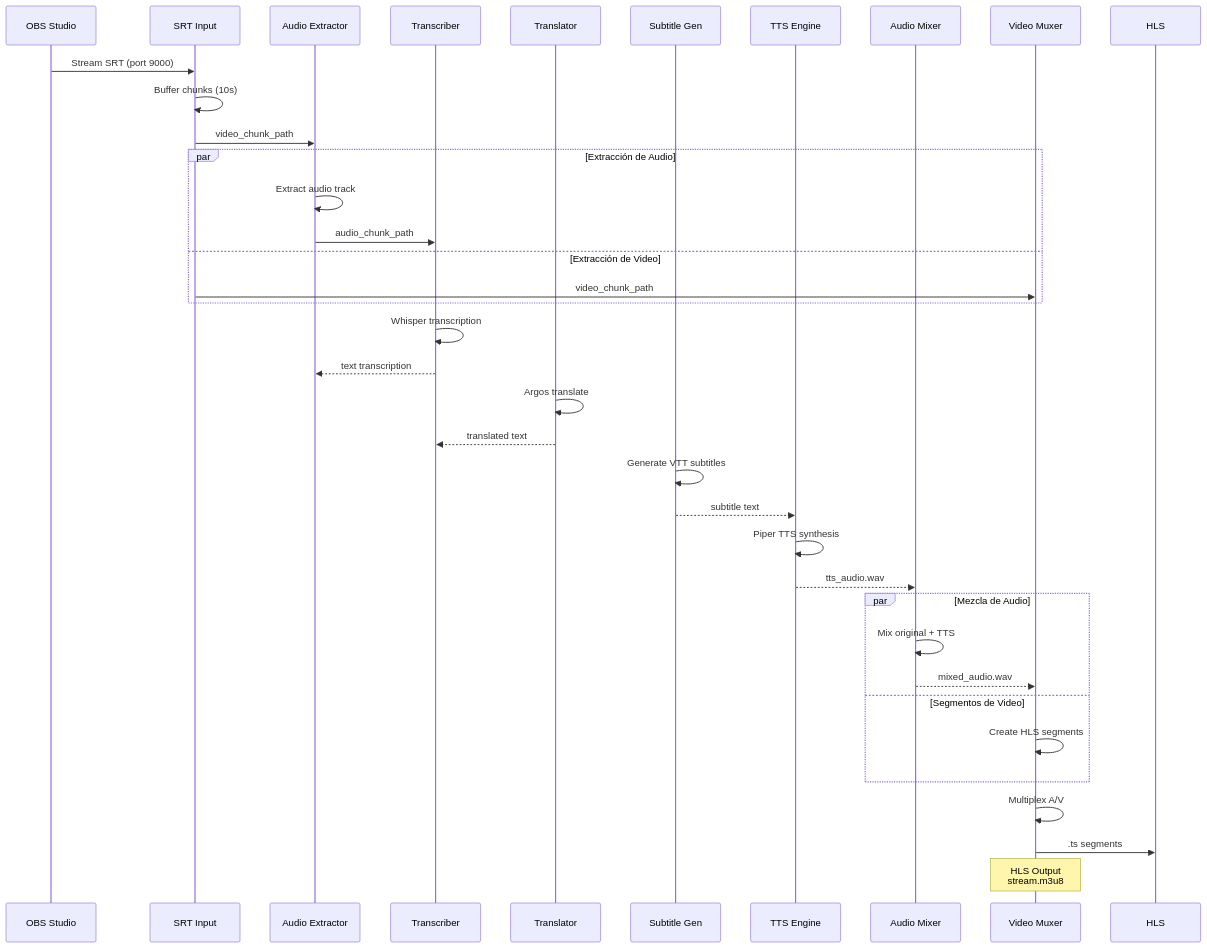
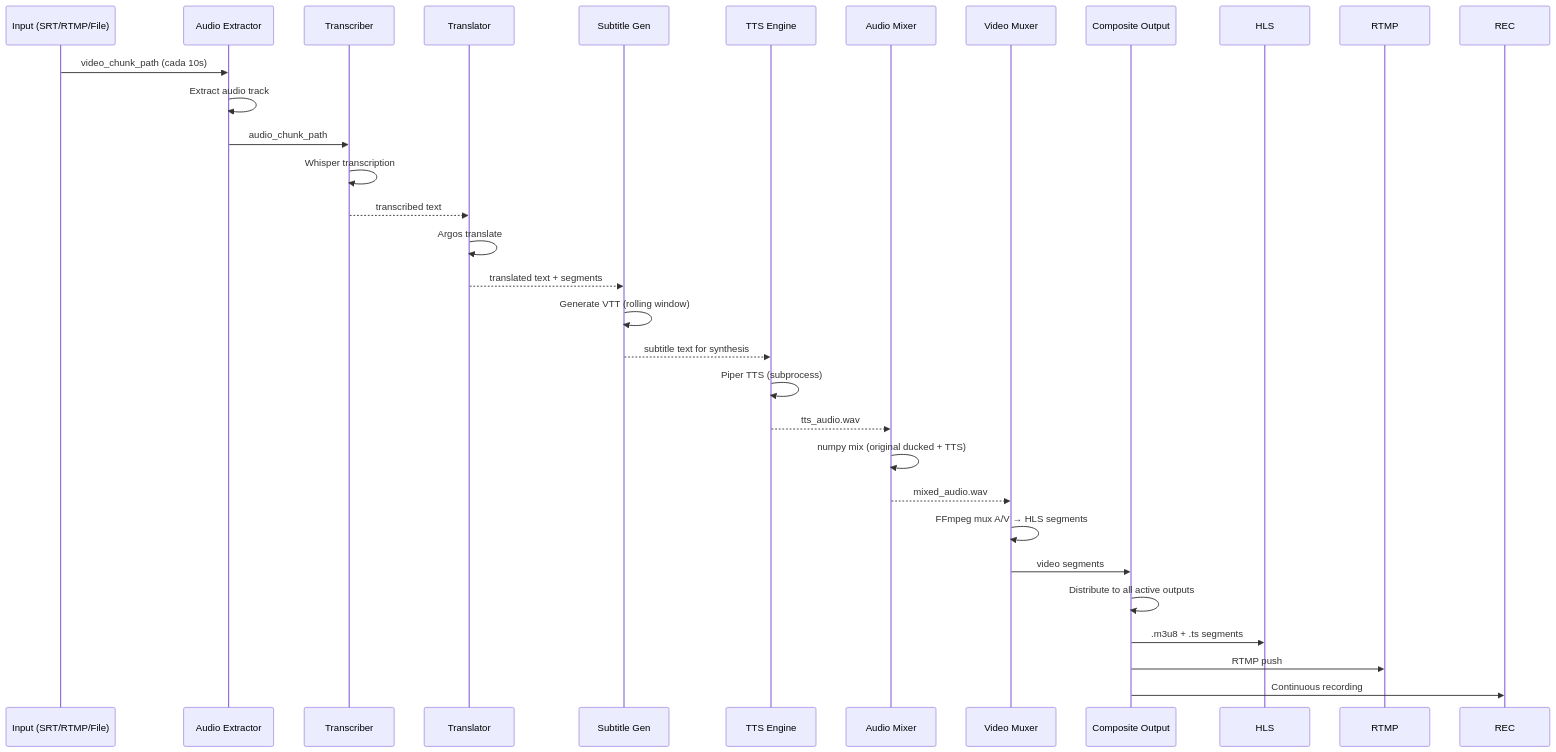
Before and after one commit to BrunoJimenez73/srt2web: the second of 10 diagrams in docs/architecture.md, drawn with Mermaid. The commit also changed other lines of this file and 7 other files, not shown here.

````diff
--- a/docs/architecture.md
+++ b/docs/architecture.md
@@ -77,47 +107,39 @@
 ```mermaid
 sequenceDiagram
-    participant OBS as OBS Studio
-    participant SRT as SRT Input
+    participant SRC as Input (SRT/RTMP/File)
     participant AE as Audio Extractor
     participant TR as Transcriber
     participant TL as Translator
     participant SG as Subtitle Gen
     participant TTS as TTS Engine
     participant MX as Audio Mixer
     participant VM as Video Muxer
+    participant CO as Composite Output
 
-    OBS->>SRT: Stream SRT (port 9000)
-    SRT->>SRT: Buffer chunks (10s)
-    SRT->>AE: video_chunk_path
-
-    par Extracción de Audio
-        AE->>AE: Extract audio track
-        AE->>TR: audio_chunk_path
-    and Extracción de Video
-        SRT->>VM: video_chunk_path
-    end
+    SRC->>AE: video_chunk_path (cada 10s)
+    AE->>AE: Extract audio track
+    AE->>TR: audio_chunk_path
 
     TR->>TR: Whisper transcription
-    TR-->>AE: text transcription
+    TR-->>TL: transcribed text
 
     TL->>TL: Argos translate
-    TL-->>TR: translated text
+    TL-->>SG: translated text + segments
 
-    SG->>SG: Generate VTT subtitles
-    SG-->>TTS: subtitle text
+    SG->>SG: Generate VTT (rolling window)
+    SG-->>TTS: subtitle text for synthesis
 
-    TTS->>TTS: Piper TTS synthesis
+    TTS->>TTS: Piper TTS (subprocess)
     TTS-->>MX: tts_audio.wav
 
-    par Mezcla de Audio
-        MX->>MX: Mix original + TTS
-        MX-->>VM: mixed_audio.wav
-    and Segmentos de Video
-        VM->>VM: Create HLS segments
-    end
+    MX->>MX: numpy mix (original ducked + TTS)
+    MX-->>VM: mixed_audio.wav
 
-    VM->>VM: Multiplex A/V
-    VM->>HLS: .ts segments
+    VM->>VM: FFmpeg mux A/V → HLS segments
+    VM->>CO: video segments
 
-    Note over VM: HLS Output<br/>stream.m3u8
+    CO->>CO: Distribute to all active outputs
+    CO->>HLS: .m3u8 + .ts segments
+    CO->>RTMP: RTMP push
+    CO->>REC: Continuous recording
 ```
````
